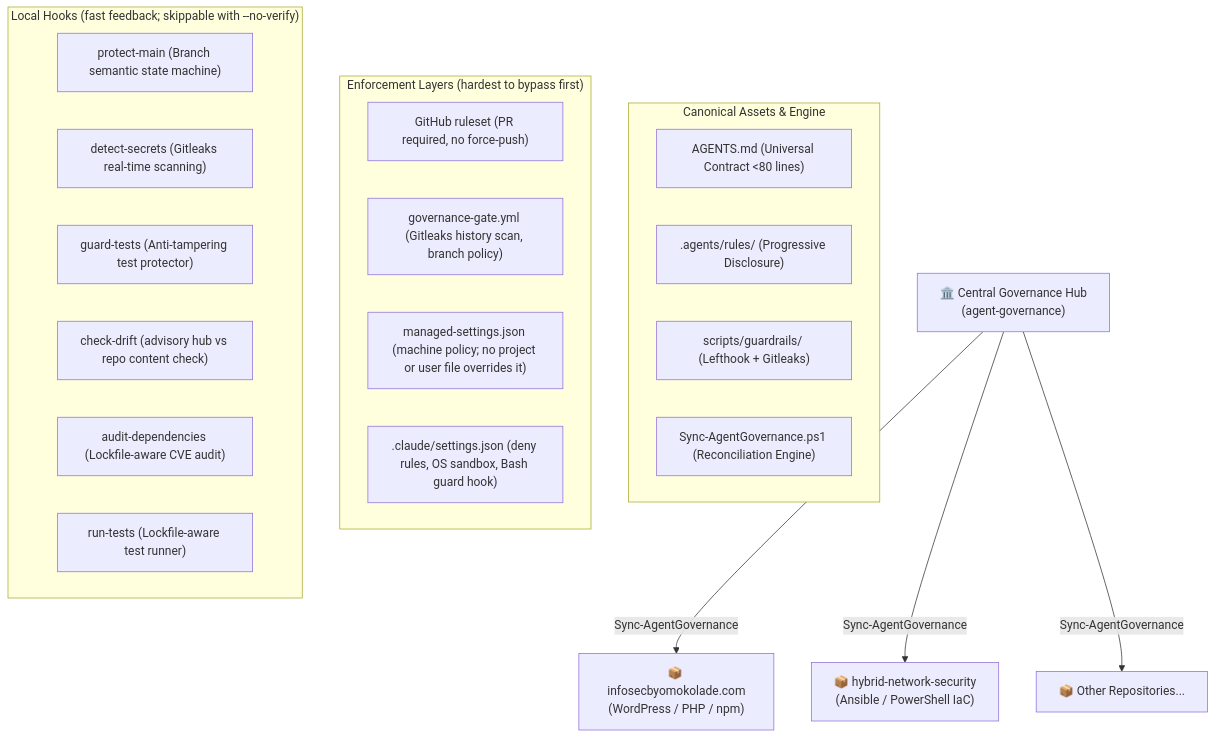
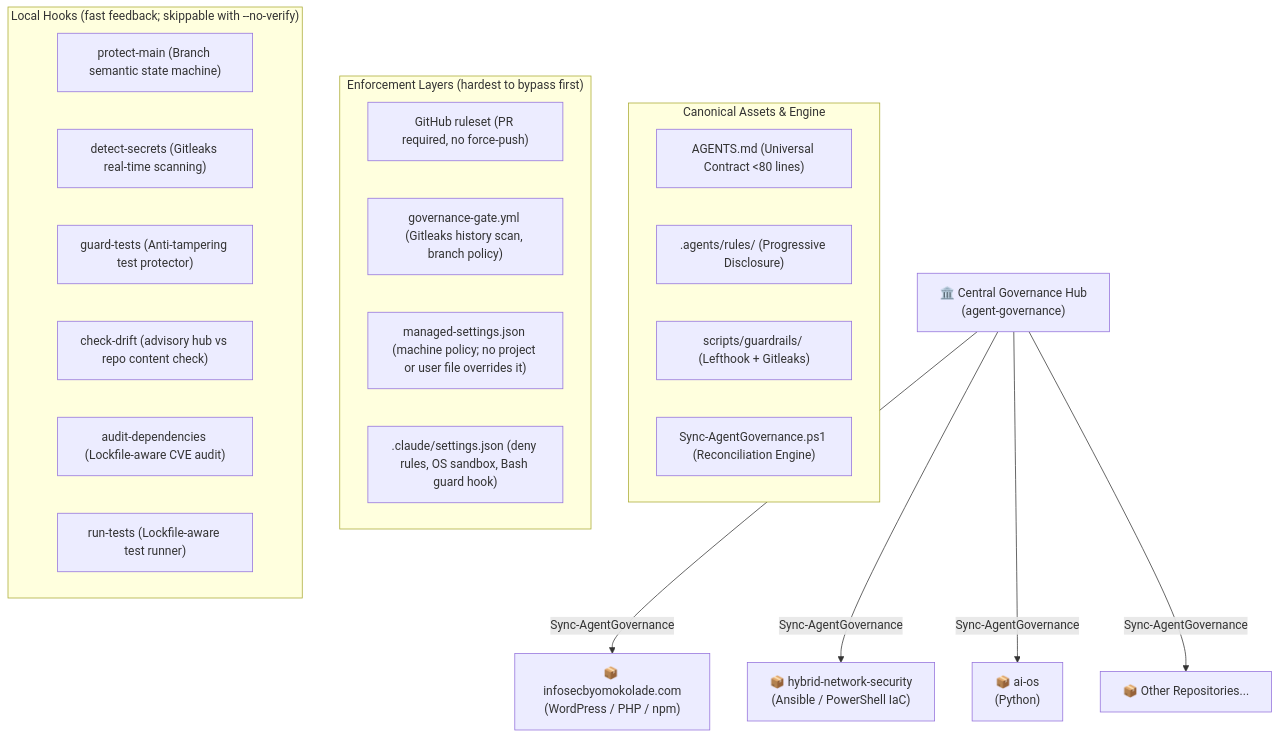
The diagram in README.md (kolade-ogunleye/agent-governance), drawn with Mermaid before and after one commit. The commit also changed 3 other files, not shown here.

````diff
--- a/README.md
+++ b/README.md
@@ -11,29 +11,30 @@
 ```mermaid
 flowchart TD
     Hub["🏛️ Central Governance Hub<br>(agent-governance)"] -->|Sync-AgentGovernance| R1["📦 infosecbyomokolade.com<br>(WordPress / PHP / npm)"]
     Hub -->|Sync-AgentGovernance| R3["📦 hybrid-network-security<br>(Ansible / PowerShell IaC)"]
+    Hub -->|Sync-AgentGovernance| R4["📦 ai-os<br>(Python)"]
     Hub -->|Sync-AgentGovernance| RN["📦 Other Repositories..."]
 
     subgraph HubContent["Canonical Assets & Engine"]
         T_AGENTS["AGENTS.md (Universal Contract <80 lines)"]
         T_RULES[".agents/rules/ (Progressive Disclosure)"]
         T_GUARDS["scripts/guardrails/ (Lefthook + Gitleaks)"]
         T_ENGINE["Sync-AgentGovernance.ps1 (Reconciliation Engine)"]
     end
 
     subgraph Enforcement["Enforcement Layers (hardest to bypass first)"]
         E_RULESET["GitHub ruleset (PR required, no force-push)"]
         E_CI["governance-gate.yml (Gitleaks history scan, branch policy)"]
         E_MANAGED["managed-settings.json (machine policy; no project or user file overrides it)"]
         E_AGENT[".claude/settings.json (deny rules, OS sandbox, Bash guard hook)"]
     end
 
     subgraph Guardrails["Local Hooks (fast feedback; skippable with --no-verify)"]
         G_MAIN["protect-main (Branch semantic state machine)"]
         G_SECRETS["detect-secrets (Gitleaks real-time scanning)"]
         G_TESTS["guard-tests (Anti-tampering test protector)"]
         G_DRIFT["check-drift (advisory hub vs repo content check)"]
         G_SUPPLY["audit-dependencies (Lockfile-aware CVE audit)"]
         G_RUNNER["run-tests (Lockfile-aware test runner)"]
     end
 ```
````
